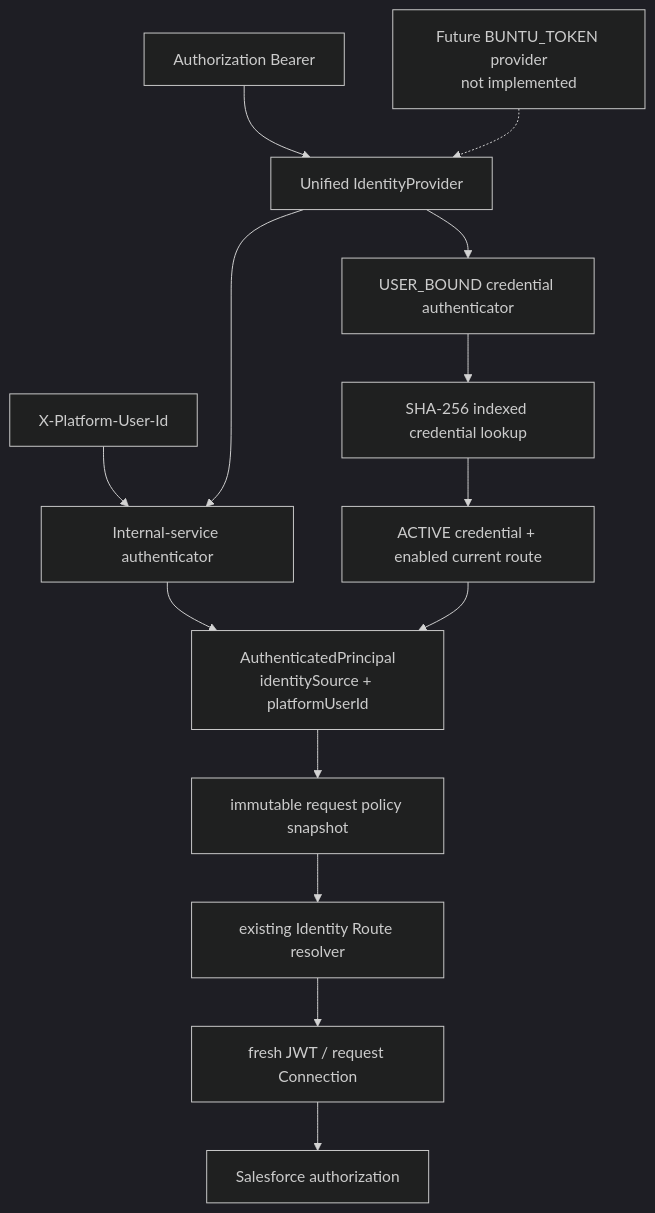
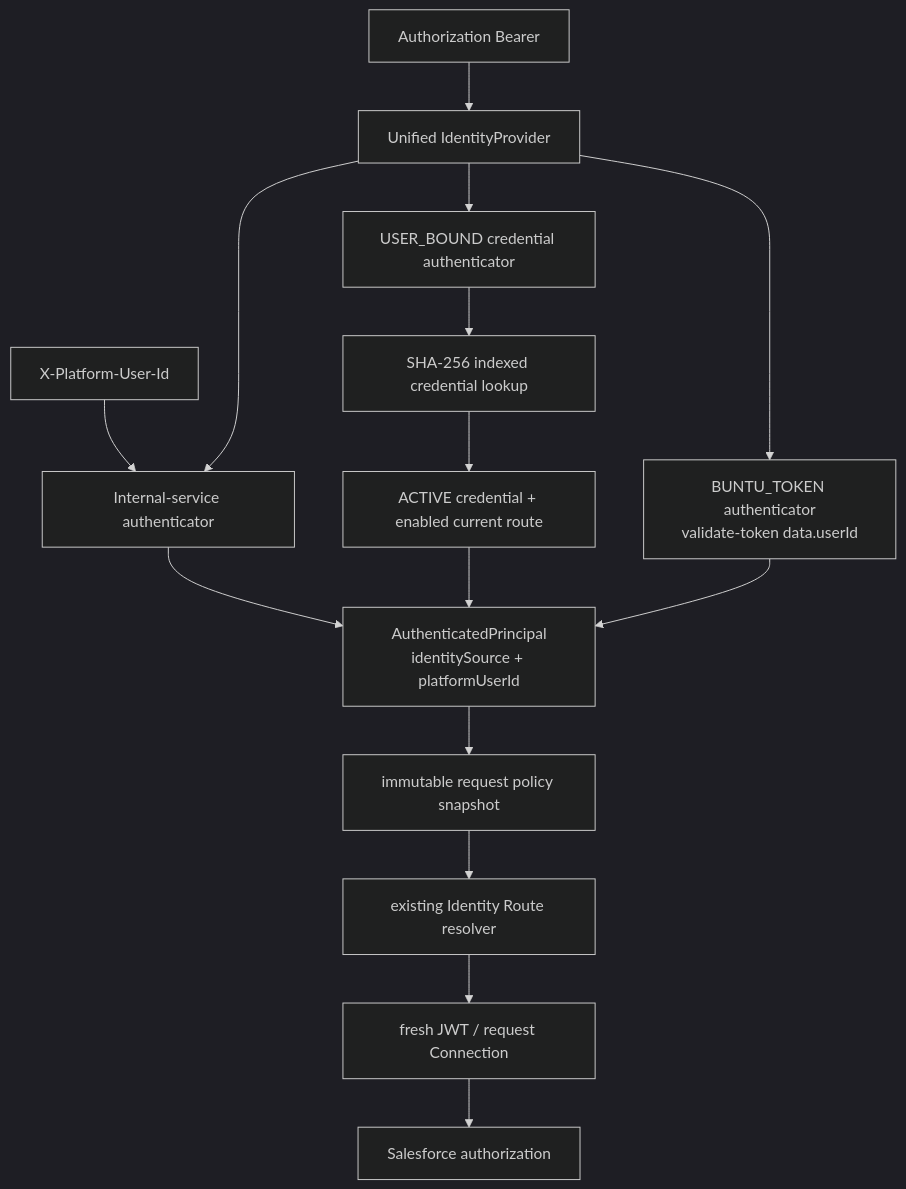
The sixth of 7 diagrams in docs/sfoa/ARCHITECTURE.md (ElioLin/sfoa-enterprise-mcp), drawn with Mermaid (dark theme) before and after one commit. The commit also changed other lines of this file and 60 other files, not shown here.

````diff
--- a/docs/sfoa/ARCHITECTURE.md
+++ b/docs/sfoa/ARCHITECTURE.md
@@ -563,16 +566,17 @@
 ```mermaid
 flowchart TD
   Auth[Authorization Bearer] --> Provider[Unified IdentityProvider]
   Header[X-Platform-User-Id] --> Internal[Internal-service authenticator]
   Provider --> Internal
   Provider --> Bound[USER_BOUND credential authenticator]
-  Future[Future BUNTU_TOKEN provider<br/>not implemented] -.-> Provider
+  Provider --> Buntu[BUNTU_TOKEN authenticator<br/>validate-token data.userId]
   Internal --> Principal[AuthenticatedPrincipal<br/>identitySource + platformUserId]
   Bound --> Hash[SHA-256 indexed credential lookup]
   Hash --> RouteState[ACTIVE credential + enabled current route]
   RouteState --> Principal
+  Buntu --> Principal
   Principal --> Snapshot[immutable request policy snapshot]
   Snapshot --> Resolver[existing Identity Route resolver]
   Resolver --> Fresh[fresh JWT / request Connection]
   Fresh --> Salesforce[Salesforce authorization]
 ```
````
